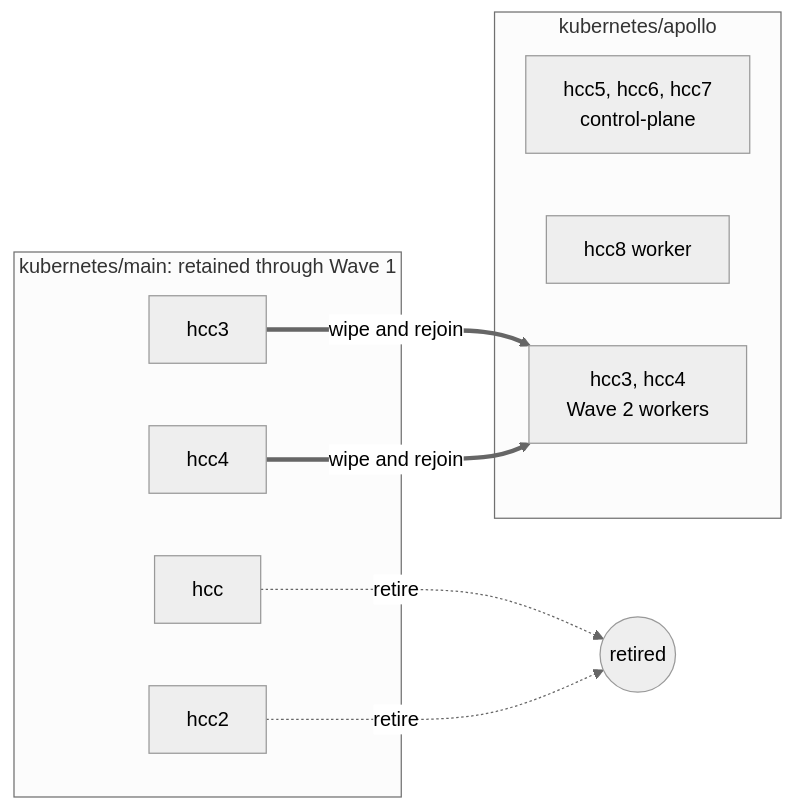
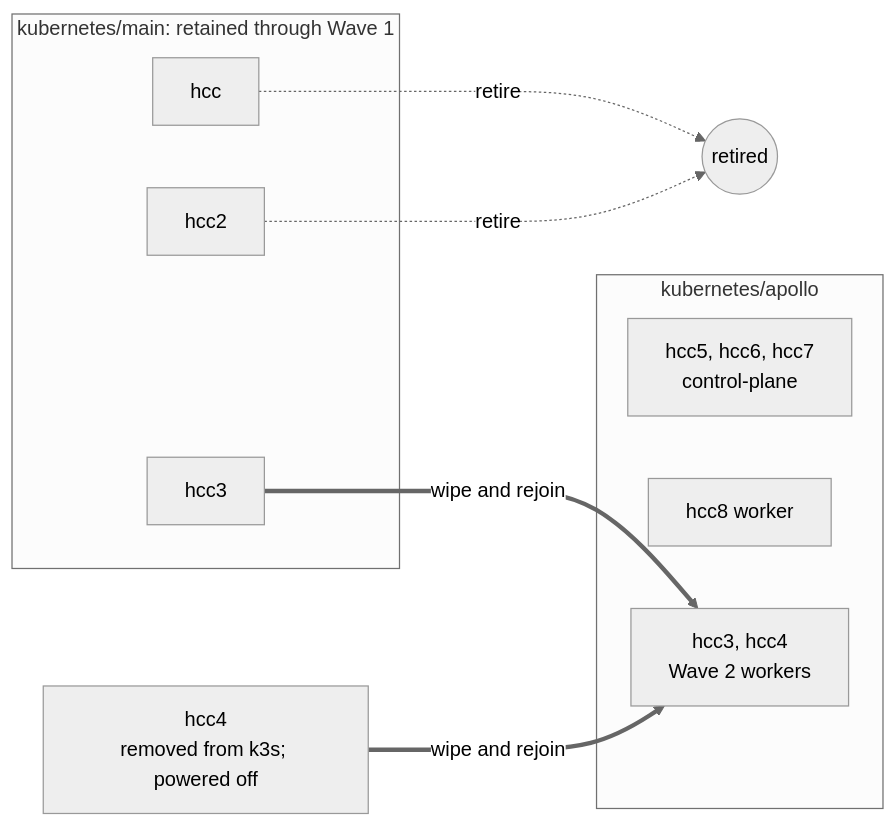
Before and after one commit to evanmoelter/hcc: the first of 2 diagrams in plans/20260816-talos-migration.md, drawn with Mermaid (neutral theme). The commit also changed other lines of this file and 20 other files, not shown here.

````diff
--- a/plans/20260816-talos-migration.md
+++ b/plans/20260816-talos-migration.md
@@ -41,18 +42,18 @@
 ```mermaid
 flowchart LR
     subgraph old["kubernetes/main: retained through Wave 1"]
         hcc["hcc"]
         hcc2["hcc2"]
         hcc3o["hcc3"]
-        hcc4o["hcc4"]
     end
+    hcc4o["hcc4<br/>removed from k3s; powered off"]
     subgraph apollo["kubernetes/apollo"]
         cp["hcc5, hcc6, hcc7<br/>control-plane"]
         hcc8["hcc8 worker"]
         workers["hcc3, hcc4<br/>Wave 2 workers"]
     end
     hcc -. retire .-> retired((retired))
     hcc2 -. retire .-> retired
     hcc3o == wipe and rejoin ==> workers
     hcc4o == wipe and rejoin ==> workers
 ```
````
